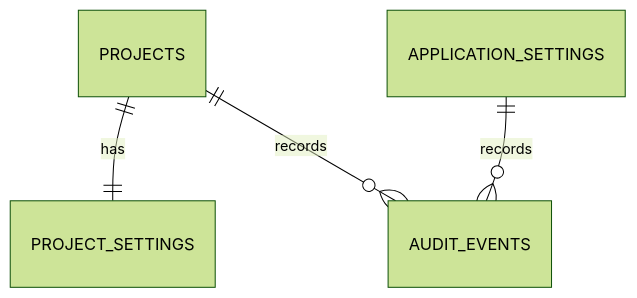
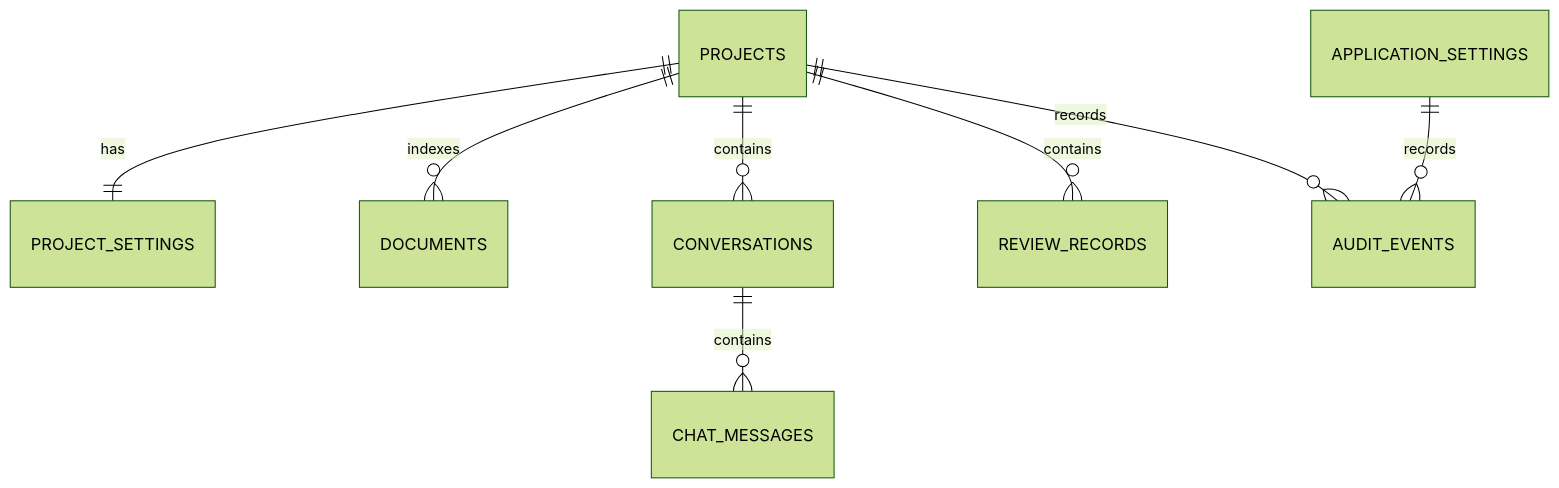
Before and after one commit to yafim95/ChatGPT: the second of 2 diagrams in docs/ARCHITECTURE.md, drawn with Mermaid (forest theme). The commit also changed other lines of this file and 82 other files, not shown here.

````diff
--- a/docs/ARCHITECTURE.md
+++ b/docs/ARCHITECTURE.md
@@ -58,6 +59,10 @@
 ```mermaid
 erDiagram
     PROJECTS ||--|| PROJECT_SETTINGS : has
+    PROJECTS ||--o{ DOCUMENTS : indexes
+    PROJECTS ||--o{ CONVERSATIONS : contains
+    CONVERSATIONS ||--o{ CHAT_MESSAGES : contains
+    PROJECTS ||--o{ REVIEW_RECORDS : contains
     PROJECTS ||--o{ AUDIT_EVENTS : records
     APPLICATION_SETTINGS ||--o{ AUDIT_EVENTS : records
 ```
````
